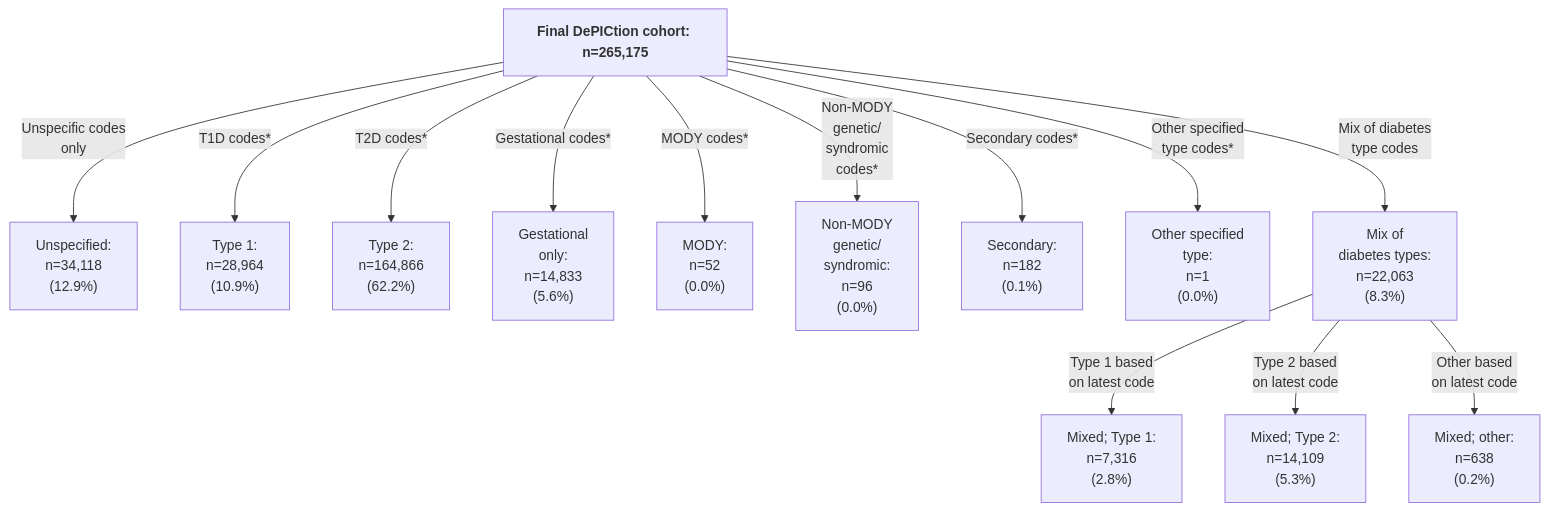
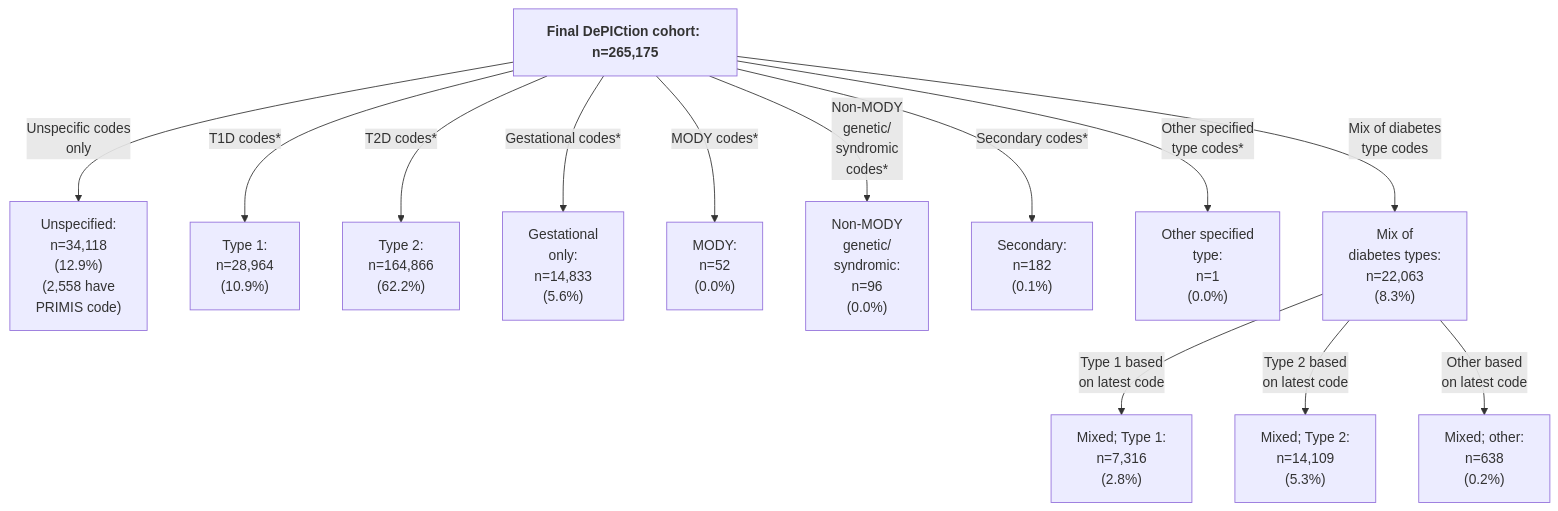
The second of 3 diagrams in README.md (Exeter-Diabetes/CPRD-Katie-DePICtion-Scripts), drawn with Mermaid before and after one commit.

````diff
--- a/README.md
+++ b/README.md
@@ -51,15 +51,15 @@
 ```mermaid
 graph TD;
-    G["<b>Final DePICtion cohort:<b> n=265,175"] --> |"Unspecific codes<br>only"| H["Unspecified: <br>n=34,118<br>(12.9%)"]
+    G["<b>Final DePICtion cohort:<b> n=265,175"] --> |"Unspecific codes<br>only"| H["Unspecified: <br>n=34,118<br>(12.9%)<br>(2,558 have<br>PRIMIS code)"]
     G --> |"T1D codes*"| I["Type 1: <br>n=28,964<br>(10.9%)"]
     G --> |"T2D codes*"| J["Type 2: <br>n=164,866<br>(62.2%)"]
     G --> |"Gestational codes*"| K["Gestational <br>only: <br>n=14,833<br>(5.6%)"]
     G --> |"MODY codes*"| L["MODY: <br>n=52<br>(0.0%)"]
     G --> |"Non-MODY <br>genetic/<br>syndromic <br>codes*"| M["Non-MODY <br>genetic/<br>syndromic: <br>n=96<br>(0.0%)"]
     G --> |"Secondary codes*"| N["Secondary: <br>n=182<br>(0.1%)"]
     G --> |"Other specified<br>type codes*"| P["Other specified<br>type: <br>n=1<br>(0.0%)"]  
     G --> |"Mix of diabetes<br>type codes"| Q["Mix of<br>diabetes types: <br>n=22,063<br>(8.3%)"]
     Q --> |"Type 1 based<br>on latest code"| R["Mixed; Type 1: <br>n=7,316<br>(2.8%)"]
     Q --> |"Type 2 based<br>on latest code"| S["Mixed; Type 2: <br>n=14,109<br>(5.3%)"]
     Q --> |"Other based<br>on latest code"| T["Mixed; other: <br>n=638<br>(0.2%)"]
 ```
````
